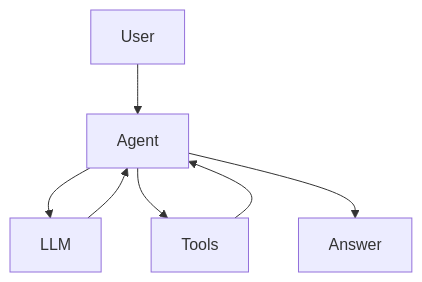
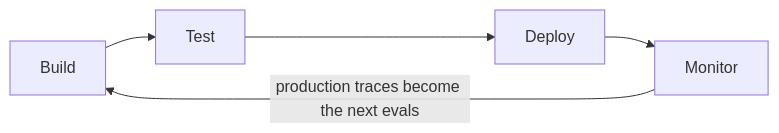
The sixth of 42 diagrams in showcase/slides.md (arthurbm/slidev-addon-pele), drawn with Mermaid before and after one commit. The commit also changed other lines of this file and 3 other files, not shown here.

````diff
--- a/showcase/slides.md
+++ b/showcase/slides.md
@@ -244,9 +394,7 @@
-```mermaid {renderer: 'mermaid', scale: 0.8}
-flowchart TB
-  user[User] --> agent[Agent]
-  agent --> llm[LLM]
-  llm --> agent
-  agent --> tools[Tools]
-  tools --> agent
-  agent --> answer[Answer]
+```mermaid
+flowchart LR
+  build[Build] --> test[Test]
+  test --> deploy[Deploy]
+  deploy --> monitor[Monitor]
+  monitor -->|production traces become the next evals| build
 ```
````
